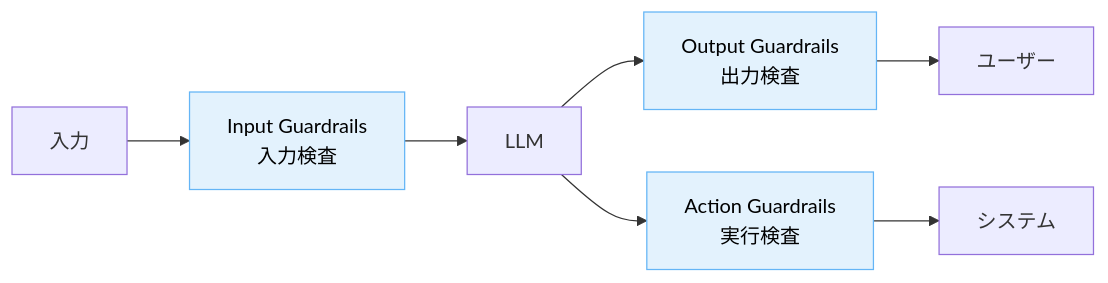
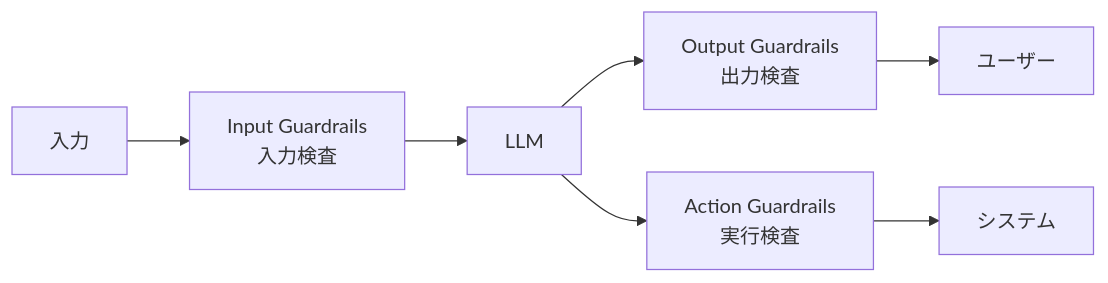
The first of 3 diagrams in docs/techniques/guardrails-llm-出力を決定論的に制御する仕組み.md (dinekt/dinekt-wiki), drawn with Mermaid before and after one commit. The commit also changed other lines of this file and 70 other files, not shown here.

First line of the commit message:
fix(mermaid): strip all inline styling, rely on theme

````diff
--- a/docs/techniques/guardrails-llm-出力を決定論的に制御する仕組み.md
+++ b/docs/techniques/guardrails-llm-出力を決定論的に制御する仕組み.md
@@ -23,13 +23,10 @@
 ```mermaid
 flowchart LR
     I[入力] --> G1[Input Guardrails<br/>入力検査]
     G1 --> L[LLM]
     L --> G2[Output Guardrails<br/>出力検査]
     G2 --> U[ユーザー]
     L --> G3[Action Guardrails<br/>実行検査]
     G3 --> S[システム]
 
-    style G1 fill:#e3f2fd,stroke:#64b5f6,color:#000
-    style G2 fill:#e3f2fd,stroke:#64b5f6,color:#000
-    style G3 fill:#e3f2fd,stroke:#64b5f6,color:#000
 ```
````
